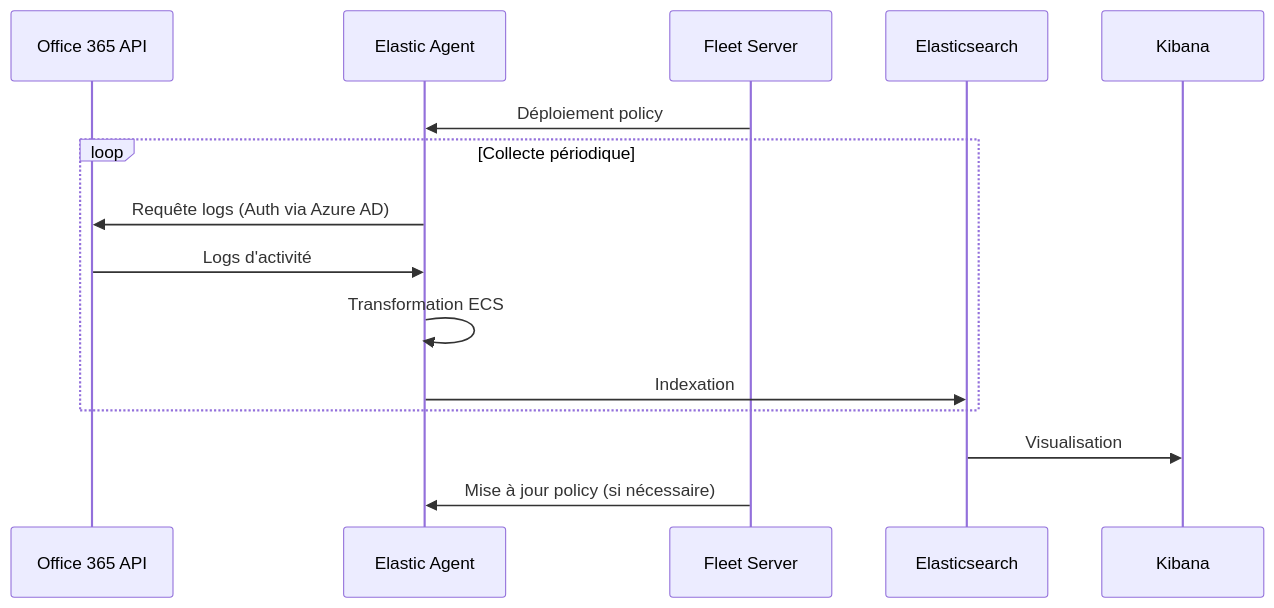
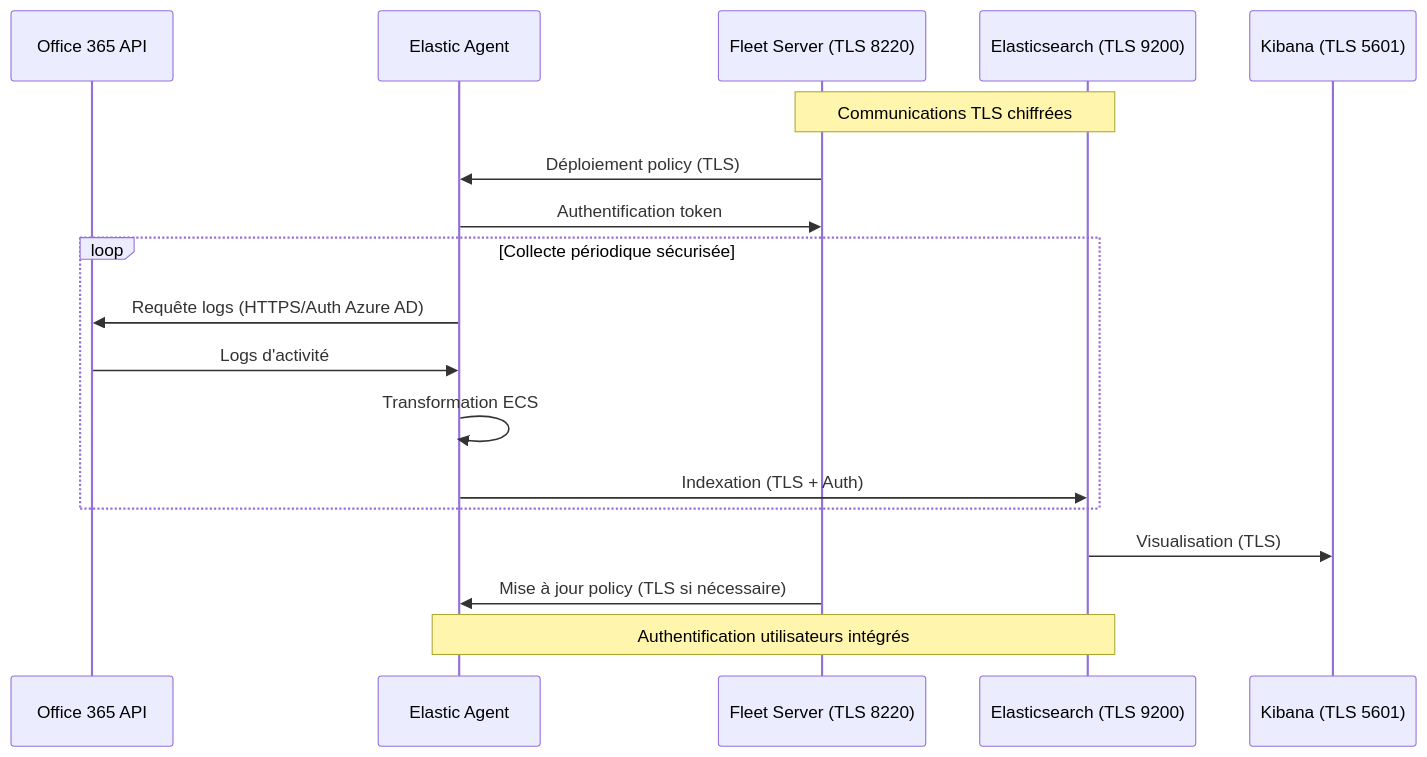
One commit to n-drobyshevski/gt-elk changed the second of 2 diagrams in 01-architecture/ARCHITECTURE.md. Above: the diagram before and after it, drawn with Mermaid. The commit also changed other lines of this file and 11 other files, not shown here.

````diff
--- a/01-architecture/ARCHITECTURE.md
+++ b/01-architecture/ARCHITECTURE.md
@@ -215,18 +561,25 @@
 ```mermaid
 sequenceDiagram
     participant O365 as Office 365 API
     participant Agent as Elastic Agent
-    participant Fleet as Fleet Server
-    participant ES as Elasticsearch
-    participant KB as Kibana
+    participant Fleet as Fleet Server (TLS 8220)
+    participant ES as Elasticsearch (TLS 9200)
+    participant KB as Kibana (TLS 5601)
 
-    Fleet->>Agent: Déploiement policy
-    loop Collecte périodique
-        Agent->>O365: Requête logs (Auth via Azure AD)
+    Note over Fleet,ES: Communications TLS chiffrées
+    
+    Fleet->>Agent: Déploiement policy (TLS)
+    Agent->>Fleet: Authentification token
+    
+    loop Collecte périodique sécurisée
+        Agent->>O365: Requête logs (HTTPS/Auth Azure AD)
         O365->>Agent: Logs d'activité
         Agent->>Agent: Transformation ECS
-        Agent->>ES: Indexation
+        Agent->>ES: Indexation (TLS + Auth)
     end
-    ES->>KB: Visualisation
-    Fleet->>Agent: Mise à jour policy (si nécessaire)
+    
+    ES->>KB: Visualisation (TLS)
+    Fleet->>Agent: Mise à jour policy (TLS si nécessaire)
+    
+    Note over Agent,ES: Authentification utilisateurs intégrés
 ```
````
